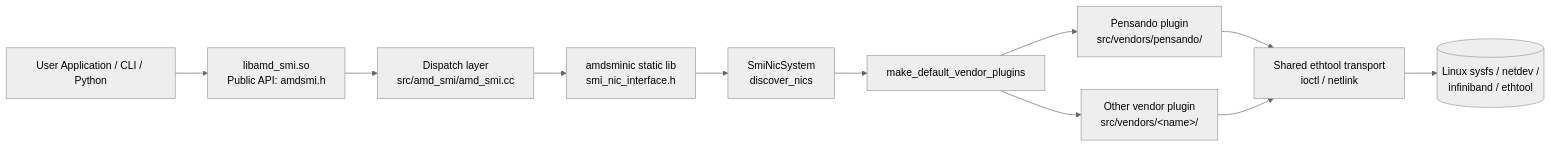
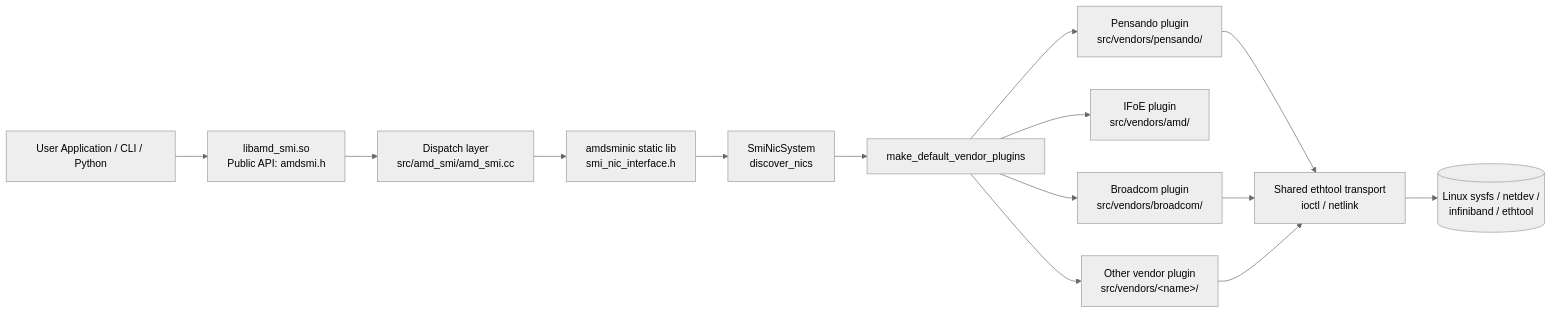
One commit to ROCm/rocm-systems changed the second of 2 diagrams in projects/amdsmi/docs/how-to/amdsmi-nic-integration.md. Above: the diagram before and after it, drawn with Mermaid (neutral theme). The commit also changed other lines of this file, not shown here.

First line of the commit message:
docs(amdsmi): correct NIC plugin and code layout descriptions

````diff
--- a/projects/amdsmi/docs/how-to/amdsmi-nic-integration.md
+++ b/projects/amdsmi/docs/how-to/amdsmi-nic-integration.md
@@ -214,13 +235,16 @@
 ```mermaid
 flowchart LR
     App[User Application / CLI / Python] --> AmdSmi[libamd_smi.so<br/>Public API: amdsmi.h]
     AmdSmi --> Dispatch[Dispatch layer<br/>src/amd_smi/amd_smi.cc]
     Dispatch --> NicLib[amdsminic static lib<br/>smi_nic_interface.h]
     NicLib --> System[SmiNicSystem<br/>discover_nics]
     System --> Registry[make_default_vendor_plugins]
     Registry --> Pensando[Pensando plugin<br/>src/vendors/pensando/]
+    Registry --> Ifoe[IFoE plugin<br/>src/vendors/amd/]
+    Registry --> Broadcom[Broadcom plugin<br/>src/vendors/broadcom/]
     Registry --> VendorX[Other vendor plugin<br/>src/vendors/&lt;name&gt;/]
     Pensando --> Transport[Shared ethtool transport<br/>ioctl / netlink]
+    Broadcom --> Transport
     VendorX --> Transport
     Transport --> Sysfs[(Linux sysfs / netdev /<br/>infiniband / ethtool)]
 ```
````
